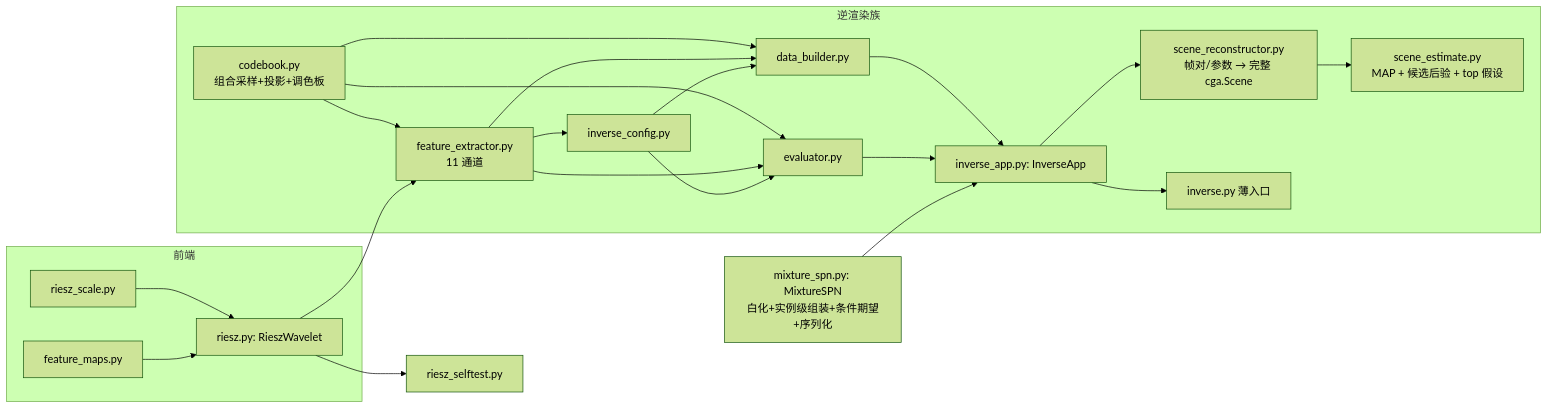
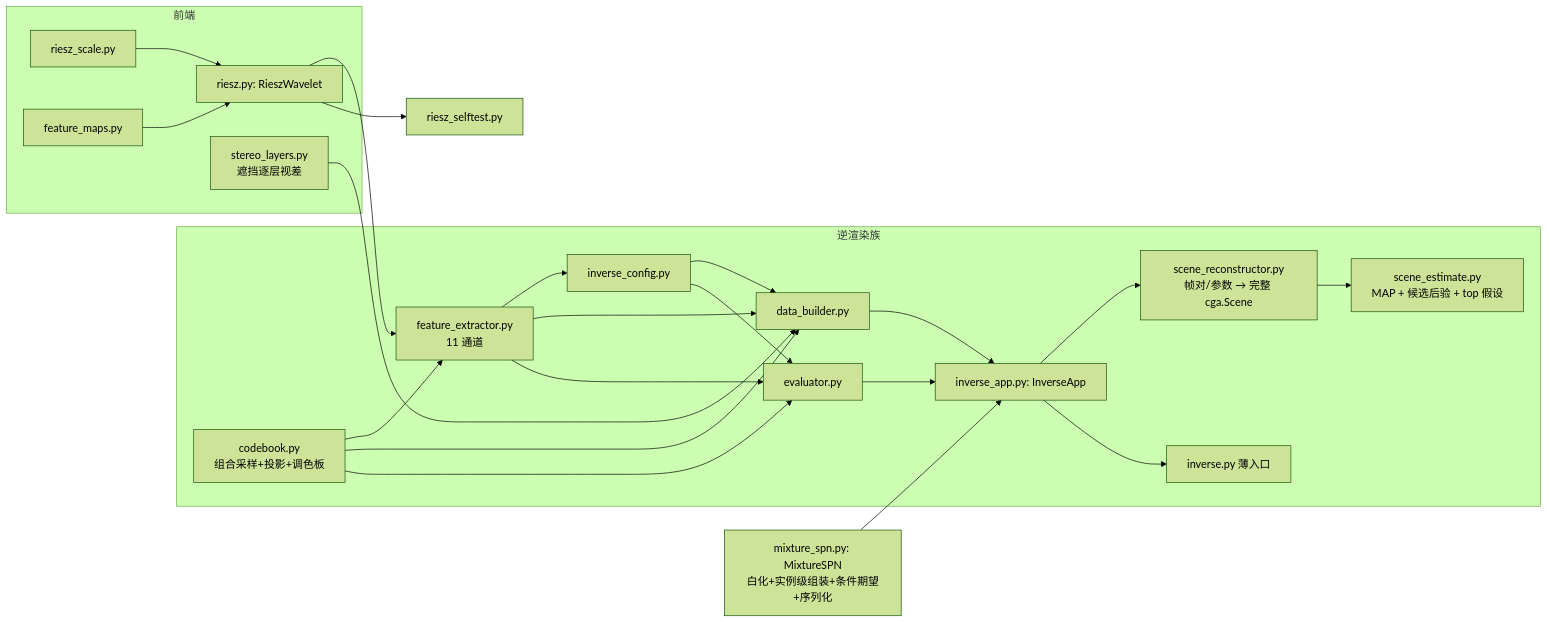
The fourth of 5 diagrams in docs/architecture.md (aki-xavier/conger), drawn with Mermaid (forest theme) before and after one commit. The commit also changed other lines of this file and 12 other files, not shown here.

````diff
--- a/docs/architecture.md
+++ b/docs/architecture.md
@@ -132,17 +133,18 @@
 ```mermaid
 flowchart LR
     subgraph CORE["逆渲染族"]
         CBK["codebook.py<br/>组合采样+投影+调色板"] --> FEX["feature_extractor.py<br/>11 通道"] --> DCFG["inverse_config.py"]
         CBK & FEX & DCFG --> DB["data_builder.py"] & EV["evaluator.py"]
         DB & EV --> APP["inverse_app.py: InverseApp"]
         APP --> REC["scene_reconstructor.py<br/>帧对/参数 → 完整 cga.Scene"]
         REC --> EST["scene_estimate.py<br/>MAP + 候选后验 + top 假设"]
         APP --> ENTRY["inverse.py 薄入口"]
     end
     subgraph FRONT["前端"]
         RS["riesz_scale.py"] & FM["feature_maps.py"] --> RW["riesz.py: RieszWavelet"]
         RW --> FEX
+        SL["stereo_layers.py<br/>遮挡逐层视差"] --> DB
     end
     MSP["mixture_spn.py: MixtureSPN<br/>白化+实例级组装+条件期望+序列化"] --> APP
     RW --> ST["riesz_selftest.py"]
 ```
````
